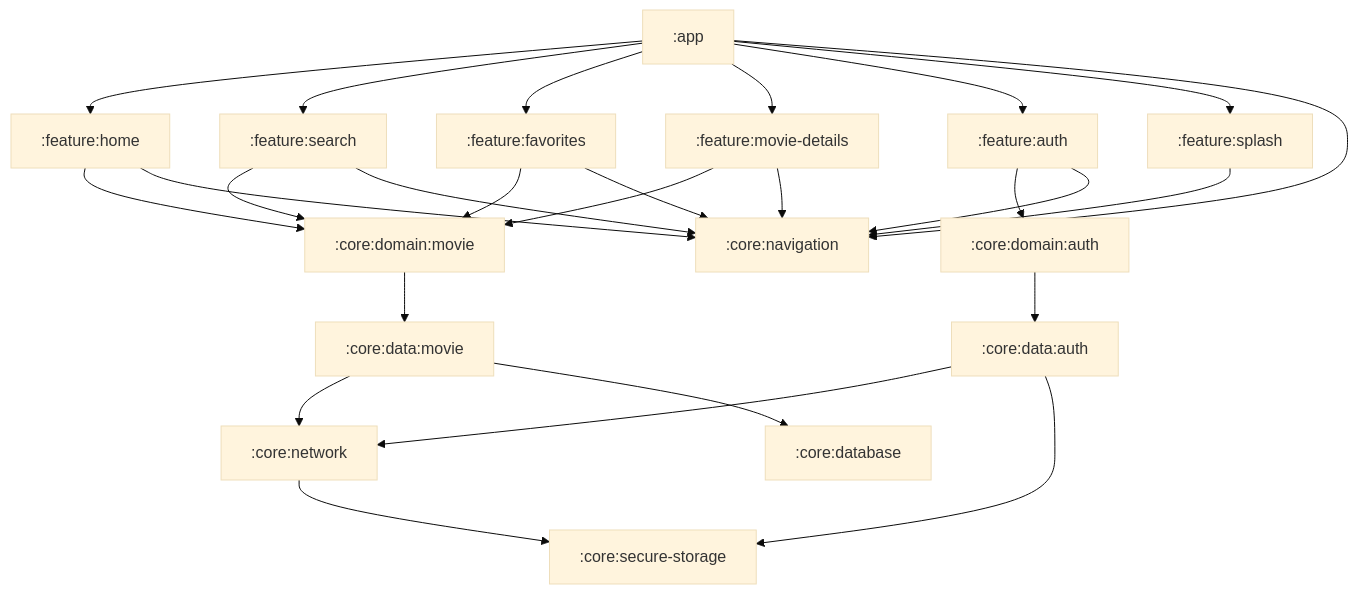
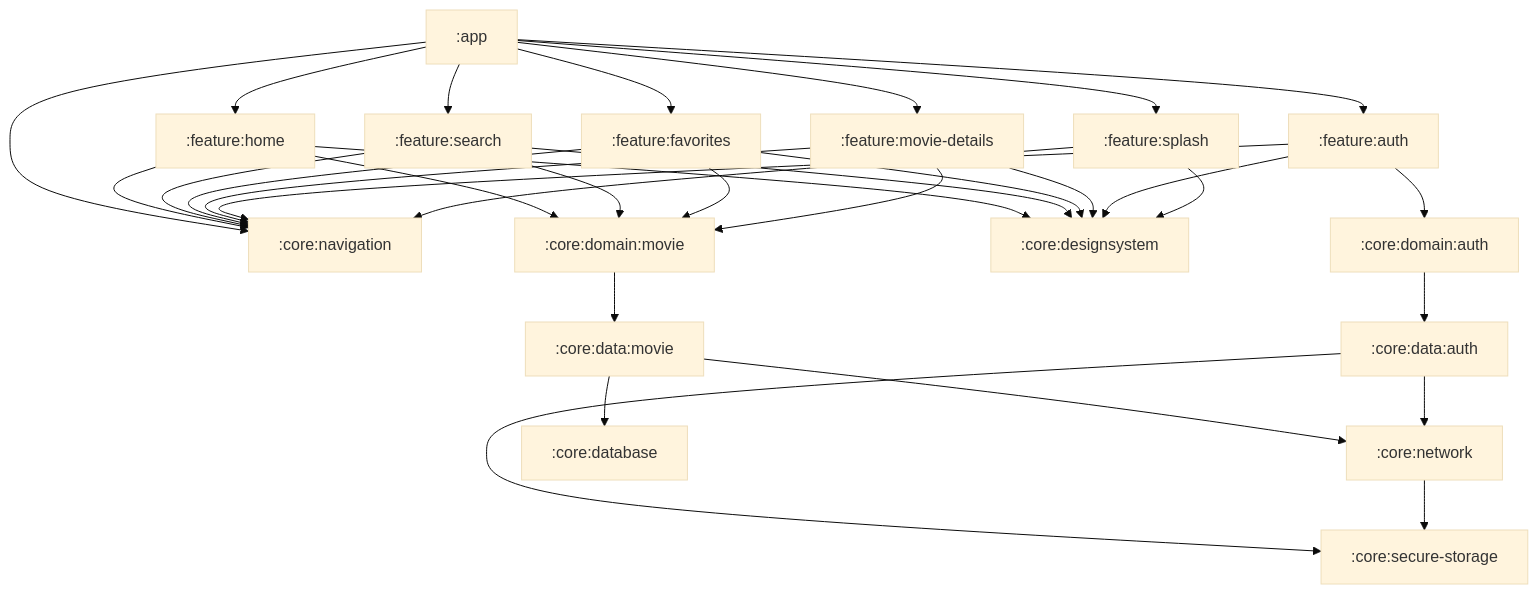
One commit to Amirnlz/nowinmovie changed the diagram in README.md. Above: the diagram before and after it, drawn with Mermaid (base theme). The commit also changed other lines of this file, not shown here.

````diff
--- a/README.md
+++ b/README.md
@@ -100,28 +101,34 @@
 ```mermaid
 graph TD
-    app[":app"] --> feature_home[":feature:home"]
-    app --> feature_search[":feature:search"]
-    app --> feature_favorites[":feature:favorites"]
-    app --> feature_movie_details[":feature:movie-details"]
-    app --> feature_auth[":feature:auth"]
-    app --> feature_splash[":feature:splash"]
-    app --> core_navigation[":core:navigation"]
-    feature_home --> core_domain_movie[":core:domain:movie"]
-    feature_home --> core_navigation
-    feature_search --> core_domain_movie
-    feature_search --> core_navigation
-    feature_favorites --> core_domain_movie
-    feature_favorites --> core_navigation
-    feature_movie_details --> core_domain_movie
-    feature_movie_details --> core_navigation
-    feature_auth --> core_domain_auth[":core:domain:auth"]
-    feature_auth --> core_navigation
-    feature_splash --> core_navigation
-    core_domain_movie --> core_data_movie[":core:data:movie"]
-    core_domain_auth --> core_data_auth[":core:data:auth"]
-    core_data_movie --> core_network[":core:network"]
-    core_data_movie --> core_database[":core:database"]
-    core_data_auth --> core_network
-    core_data_auth --> core_secure_storage[":core:secure-storage"]
-    core_network --> core_secure_storage
+  app[":app"] --> feature_home[":feature:home"]
+  app --> feature_search[":feature:search"]
+  app --> feature_favorites[":feature:favorites"]
+  app --> feature_movie_details[":feature:movie-details"]
+  app --> feature_auth[":feature:auth"]
+  app --> feature_splash[":feature:splash"]
+  app --> core_navigation[":core:navigation"]
+  feature_home --> core_domain_movie[":core:domain:movie"]
+  feature_home --> core_navigation
+  feature_home --> core_designsystem[":core:designsystem"]
+  feature_search --> core_domain_movie
+  feature_search --> core_navigation
+  feature_search --> core_designsystem
+  feature_favorites --> core_domain_movie
+  feature_favorites --> core_navigation
+  feature_favorites --> core_designsystem
+  feature_movie_details --> core_domain_movie
+  feature_movie_details --> core_navigation
+  feature_movie_details --> core_designsystem
+  feature_auth --> core_domain_auth[":core:domain:auth"]
+  feature_auth --> core_navigation
+  feature_auth --> core_designsystem
+  feature_splash --> core_navigation
+  feature_splash --> core_designsystem
+  core_domain_movie --> core_data_movie[":core:data:movie"]
+  core_domain_auth --> core_data_auth[":core:data:auth"]
+  core_data_movie --> core_network[":core:network"]
+  core_data_movie --> core_database[":core:database"]
+  core_data_auth --> core_network
+  core_data_auth --> core_secure_storage[":core:secure-storage"]
+  core_network --> core_secure_storage
 ```
````
